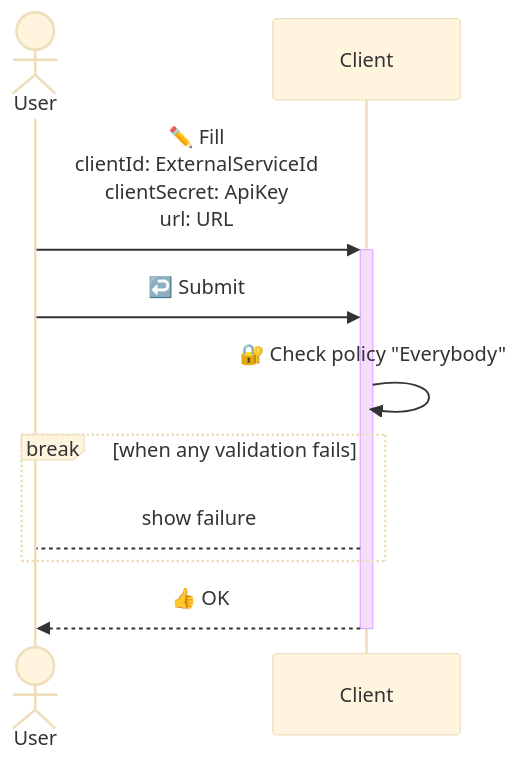
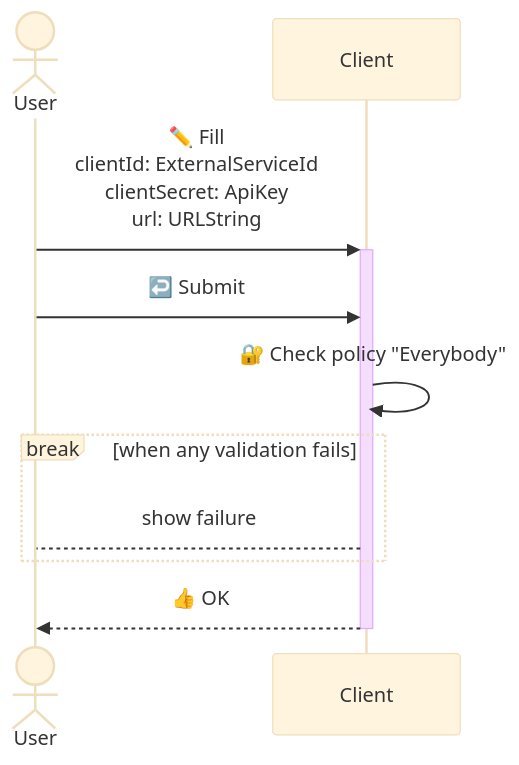
Before and after one commit to c100k/libmodulor: the second of 3 diagrams in examples/standalone/src/apps/MyRunningMap/README.md, drawn with Mermaid (base theme). The commit also changed other lines of this file and 16 other files, not shown here.

````diff
--- a/examples/standalone/src/apps/MyRunningMap/README.md
+++ b/examples/standalone/src/apps/MyRunningMap/README.md
@@ -27,11 +27,11 @@
 ```mermaid
 sequenceDiagram
     actor User
-    User->>+Client: ✏️ Fill<br/>clientId: ExternalServiceId<br/>clientSecret: ApiKey<br/>url: URL
+    User->>+Client: ✏️ Fill<br/>clientId: ExternalServiceId<br/>clientSecret: ApiKey<br/>url: URLString
     User->>Client: ↩️ Submit
     Client->>Client: 🔐 Check policy "Everybody"
     break when any validation fails
         Client-->User: show failure
     end
     Client-->>-User: 👍 OK
 ```
````
